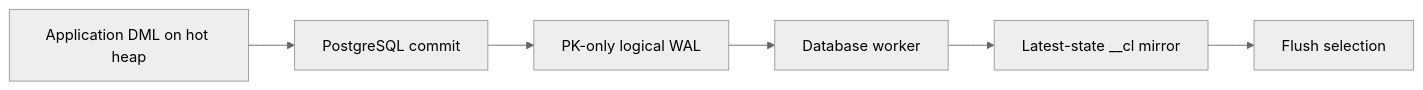
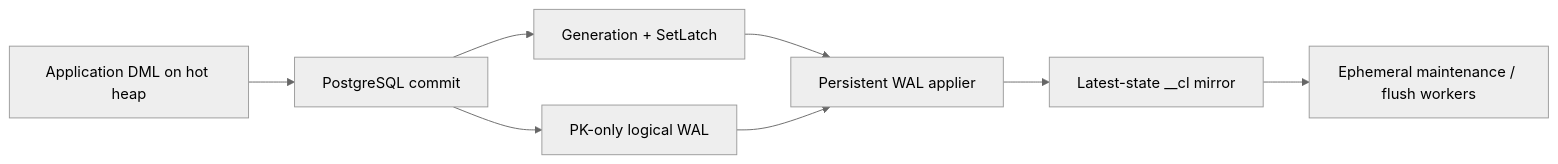
One commit to kalamdb/koldstore changed the diagram in docs/architecture/mirror-capture.md. Above: the diagram before and after it, drawn with Mermaid (neutral theme). The commit also changed other lines of this file, not shown here.

Commit message:
docs: describe persistent WAL applier

````diff
--- a/docs/architecture/mirror-capture.md
+++ b/docs/architecture/mirror-capture.md
@@ -9,8 +9,10 @@
 ```mermaid
 flowchart LR
   heap["Application DML on hot heap"] --> commit["PostgreSQL commit"]
   commit --> wal["PK-only logical WAL"]
-  wal --> applier["Database worker"]
+  commit --> wake["Generation + SetLatch"]
+  wake --> applier["Persistent WAL applier"]
+  wal --> applier
   applier --> mirror["Latest-state __cl mirror"]
-  mirror --> flush["Flush selection"]
+  mirror --> flush["Ephemeral maintenance / flush workers"]
 ```
````
